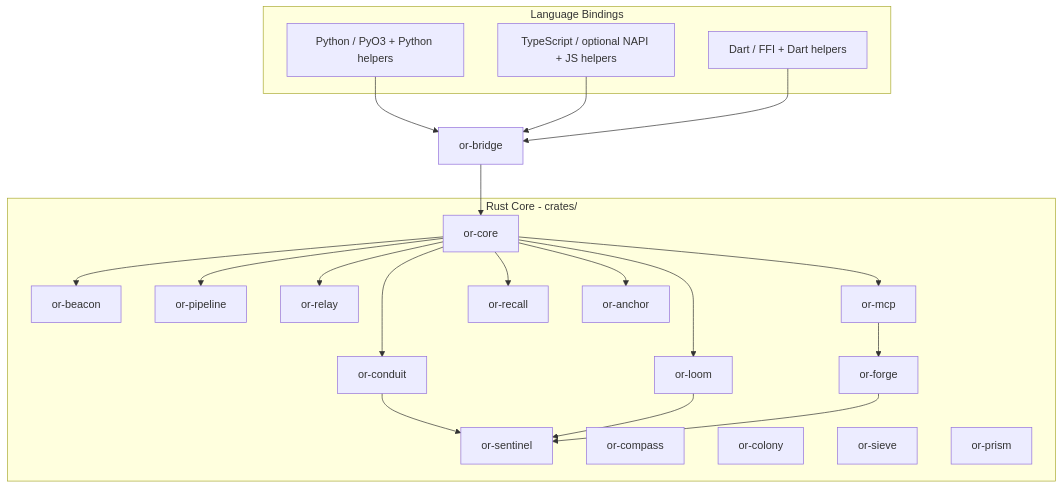
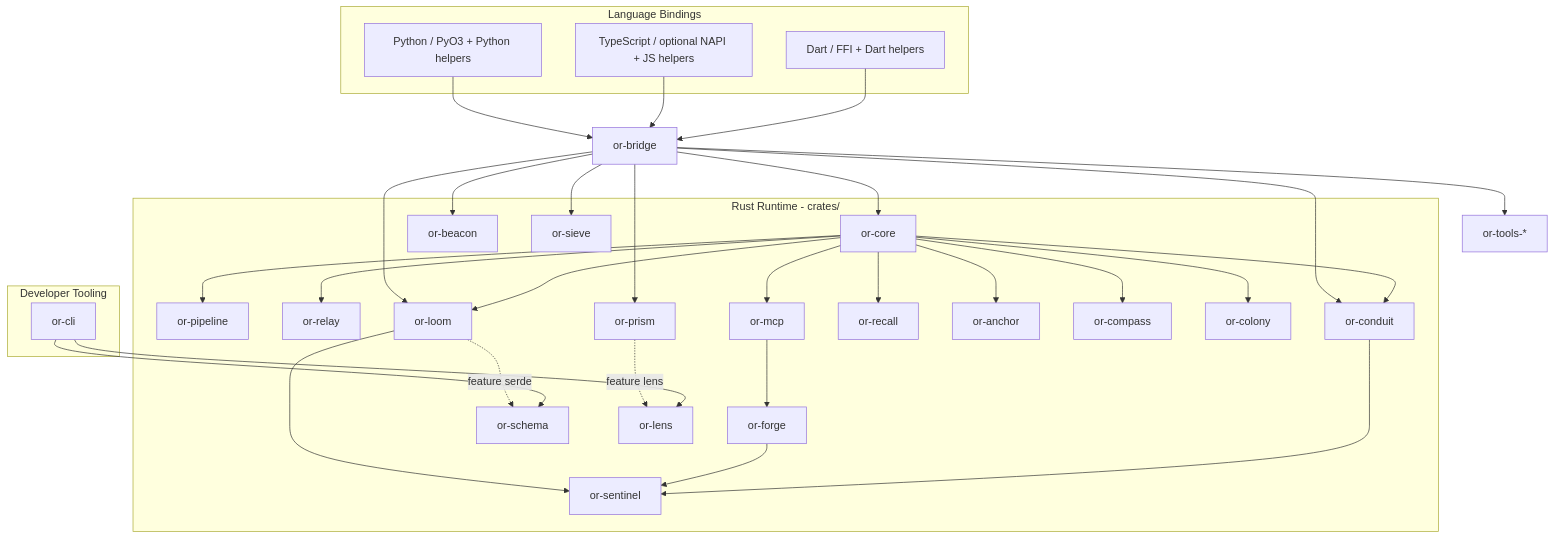
Before and after one commit to Regent33/Orchustr: the diagram in docs/architecture/overview.md, drawn with Mermaid. The commit also changed other lines of this file and 4 other files, not shown here.

Commit message:
Sync architecture docs to current code

````diff
--- a/docs/architecture/overview.md
+++ b/docs/architecture/overview.md
@@ -7,41 +7,64 @@
 ```mermaid
 graph TB
   subgraph Bindings ["Language Bindings"]
     PY[Python / PyO3 + Python helpers]
     TS[TypeScript / optional NAPI + JS helpers]
     DART[Dart / FFI + Dart helpers]
   end
-  subgraph Core ["Rust Core - crates/"]
+
+  subgraph Runtime ["Rust Runtime - crates/"]
     CORE[or-core]
     BEACON[or-beacon]
     PIPE[or-pipeline]
     RELAY[or-relay]
     LOOM[or-loom]
     CONDUIT[or-conduit]
     FORGE[or-forge]
     MCP[or-mcp]
     SENTINEL[or-sentinel]
     RECALL[or-recall]
     ANCHOR[or-anchor]
     COMPASS[or-compass]
     COLONY[or-colony]
     SIEVE[or-sieve]
     PRISM[or-prism]
+    SCHEMA[or-schema]
+    LENS[or-lens]
   end
+
+  subgraph Tooling ["Developer Tooling"]
+    CLI[or-cli]
+  end
+
   PY --> BRIDGE[or-bridge]
   TS --> BRIDGE
   DART --> BRIDGE
+
+  BRIDGE --> BEACON
   BRIDGE --> CORE
-  CORE --> BEACON
+  BRIDGE --> CONDUIT
+  BRIDGE --> LOOM
+  BRIDGE --> PRISM
+  BRIDGE --> SIEVE
+  BRIDGE --> TOOLS[or-tools-*]
+
   CORE --> PIPE
   CORE --> RELAY
   CORE --> LOOM
   CORE --> CONDUIT
   CORE --> MCP
   CORE --> RECALL
   CORE --> ANCHOR
+  CORE --> COMPASS
+  CORE --> COLONY
+
   MCP --> FORGE
-  CONDUIT --> SENTINEL
   LOOM --> SENTINEL
   FORGE --> SENTINEL
+  CONDUIT --> SENTINEL
+
+  LOOM -. feature serde .-> SCHEMA
+  PRISM -. feature lens .-> LENS
+  CLI --> SCHEMA
+  CLI --> LENS
 ```
````
